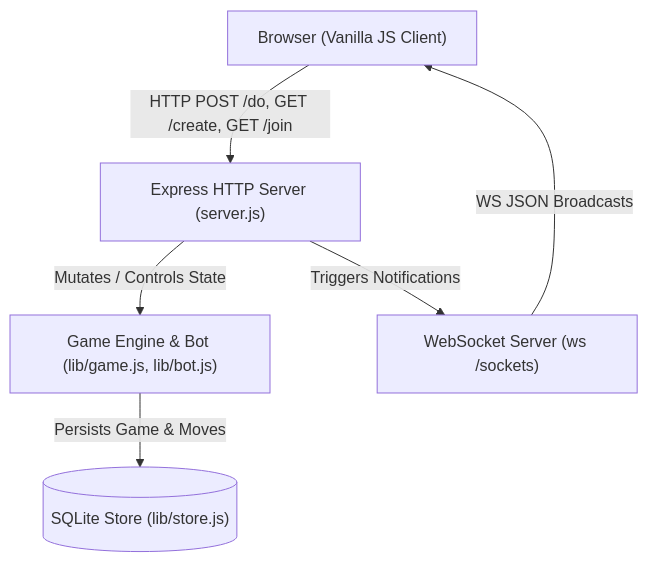
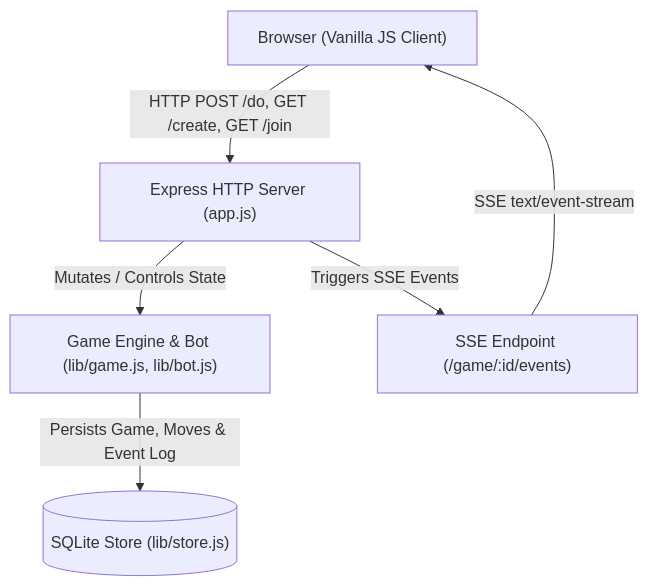
One commit to JasonVonKrueger/dvc changed the first of 2 diagrams in docs/architecture.md. Above: the diagram before and after it, drawn with Mermaid. The commit also changed other lines of this file and 19 other files, not shown here.

````diff
--- a/docs/architecture.md
+++ b/docs/architecture.md
@@ -16,14 +16,14 @@
 ```mermaid
 graph TD
     Client["Browser (Vanilla JS Client)"]
-    Express["Express HTTP Server (server.js)"]
-    WSS["WebSocket Server (ws /sockets)"]
+    Express["Express HTTP Server (app.js)"]
+    SSE["SSE Endpoint (/game/:id/events)"]
     GameEngine["Game Engine & Bot (lib/game.js, lib/bot.js)"]
     DB[("SQLite Store (lib/store.js)")]
 
     Client -- "HTTP POST /do, GET /create, GET /join" --> Express
     Express -- "Mutates / Controls State" --> GameEngine
-    GameEngine -- "Persists Game & Moves" --> DB
-    Express -- "Triggers Notifications" --> WSS
-    WSS -- "WS JSON Broadcasts" --> Client
+    GameEngine -- "Persists Game, Moves & Event Log" --> DB
+    Express -- "Triggers SSE Events" --> SSE
+    SSE -- "SSE text/event-stream" --> Client
 ```
````
